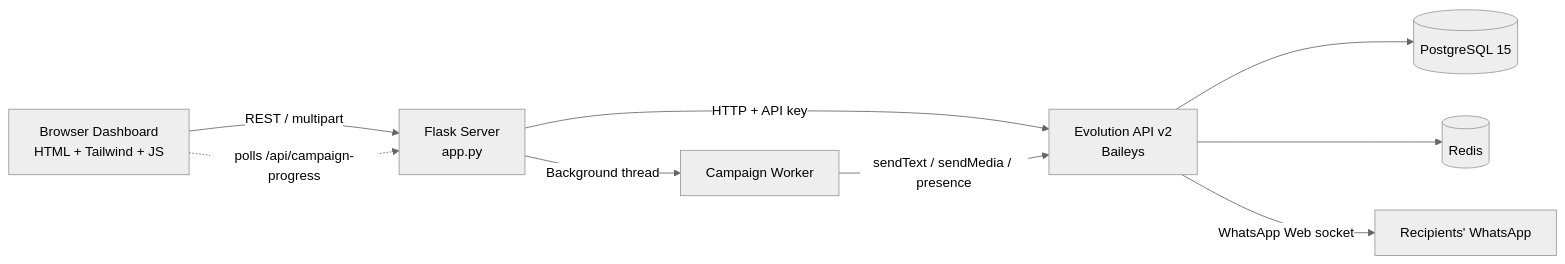
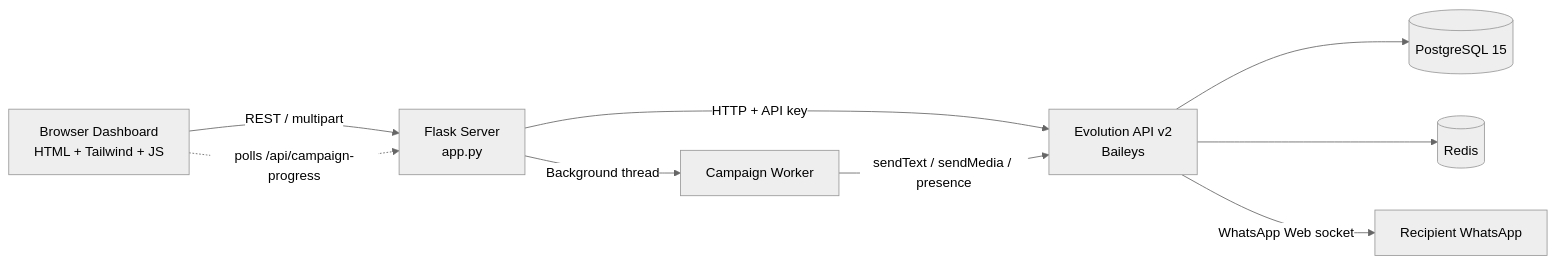
One commit to yogeshsikhwal77/pulsecast-wa changed the diagram in README.md. Above: the diagram before and after it, drawn with Mermaid (neutral theme).

````diff
--- a/README.md
+++ b/README.md
@@ -53,11 +53,11 @@
 ```mermaid
 flowchart LR
-    A[Browser Dashboard<br/>HTML + Tailwind + JS] -->|REST / multipart| B[Flask Server<br/>app.py]
-    B -->|Background thread| C[Campaign Worker]
-    B -->|HTTP + API key| D[Evolution API v2<br/>Baileys]
-    C -->|sendText / sendMedia / presence| D
-    D --> E[(PostgreSQL 15)]
-    D --> F[(Redis)]
-    D -->|WhatsApp Web socket| G[Recipients' WhatsApp]
-    A -.->|polls /api/campaign-progress| B
+    A["Browser Dashboard<br/>HTML + Tailwind + JS"] -->|"REST / multipart"| B["Flask Server<br/>app.py"]
+    B -->|"Background thread"| C["Campaign Worker"]
+    B -->|"HTTP + API key"| D["Evolution API v2<br/>Baileys"]
+    C -->|"sendText / sendMedia / presence"| D
+    D --> E[("PostgreSQL 15")]
+    D --> F[("Redis")]
+    D -->|"WhatsApp Web socket"| G["Recipient WhatsApp"]
+    A -.->|"polls /api/campaign-progress"| B
 ```
````
